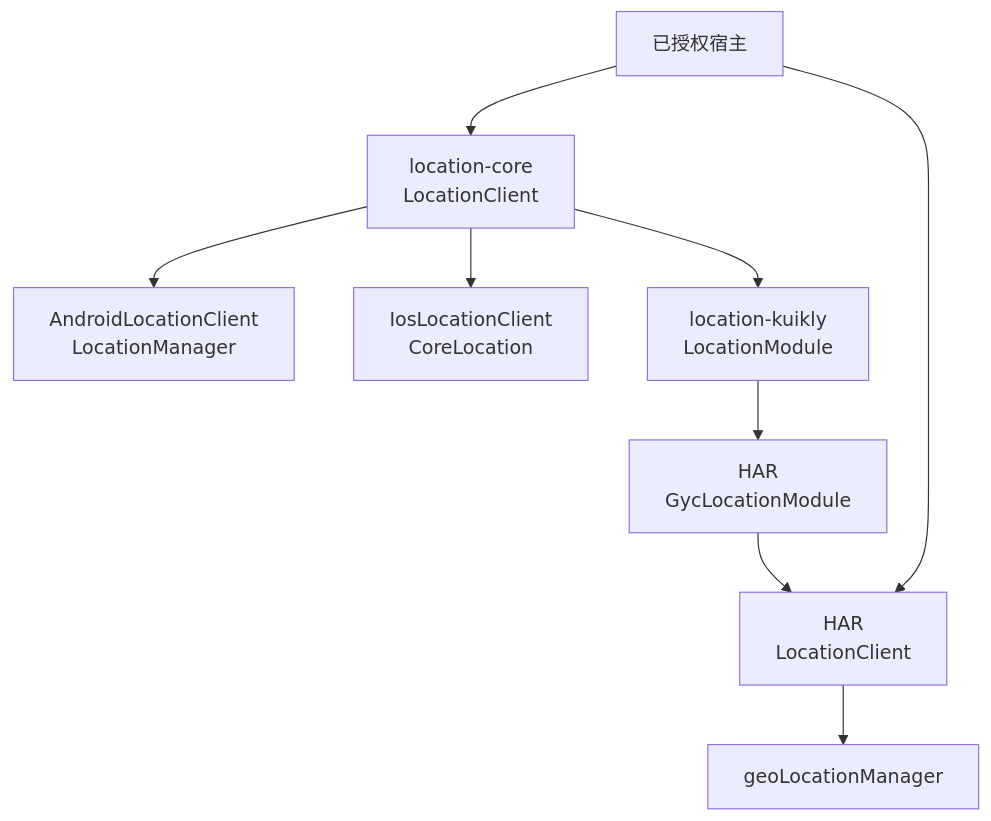
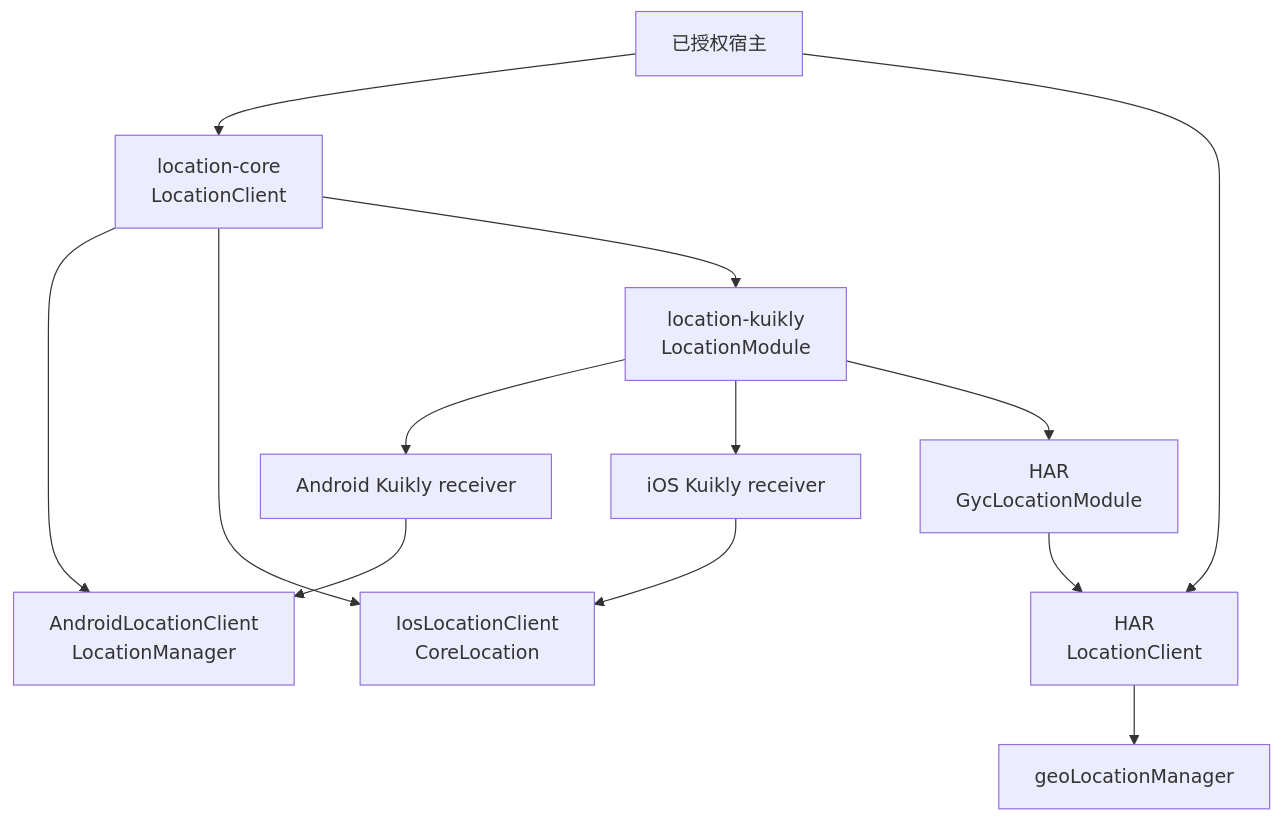
Before and after one commit to gycrosskit/location: the first of 3 diagrams in README.md, drawn with Mermaid. The commit also changed other lines of this file and 26 other files, not shown here.

Commit message:
feat(kuikly): add Android and iOS native Module receivers

````diff
--- a/README.md
+++ b/README.md
@@ -31,11 +34,15 @@
 ```mermaid
 flowchart TB
     Host[已授权宿主] --> Core[location-core<br/>LocationClient]
     Core --> Android[AndroidLocationClient<br/>LocationManager]
     Core --> IOS[IosLocationClient<br/>CoreLocation]
     Core --> Module[location-kuikly<br/>LocationModule]
+    Module --> AndroidReceiver[Android Kuikly receiver]
+    AndroidReceiver --> Android
+    Module --> IosReceiver[iOS Kuikly receiver]
+    IosReceiver --> IOS
     Module --> Native[HAR<br/>GycLocationModule]
     Host --> Client[HAR<br/>LocationClient]
     Native --> Client
     Client --> System[geoLocationManager]
 ```
````
